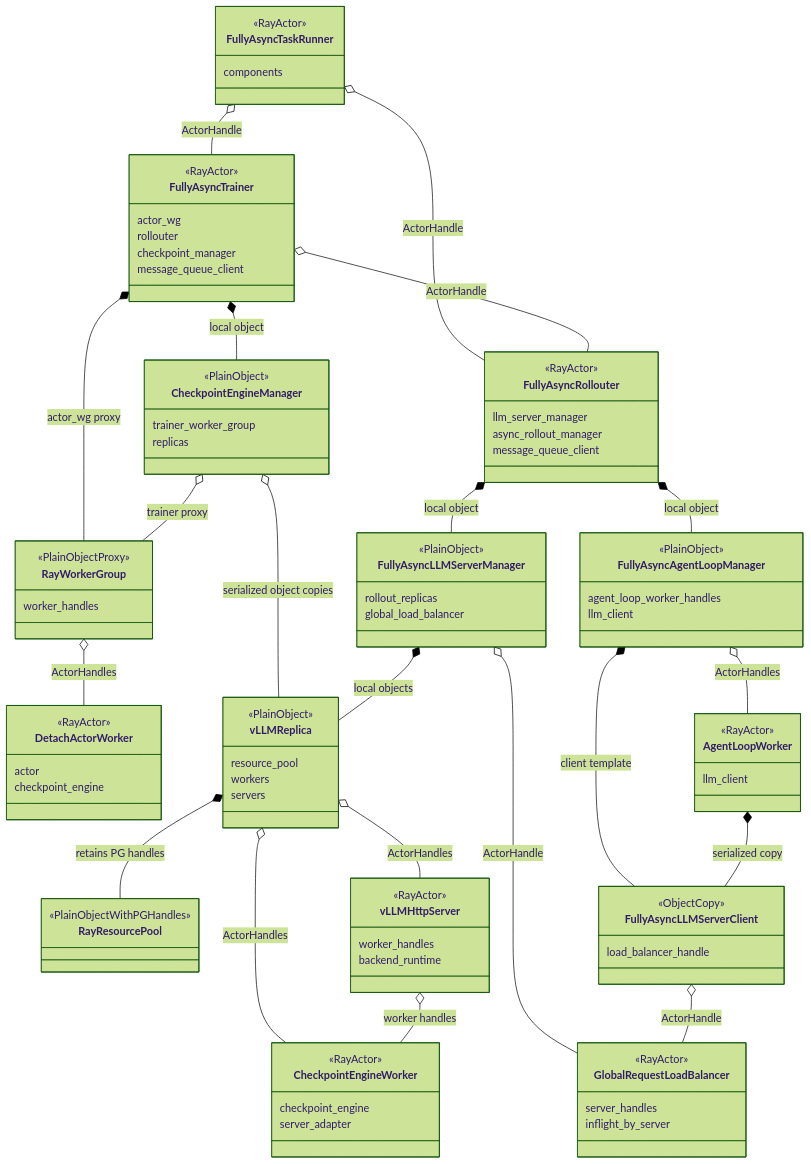
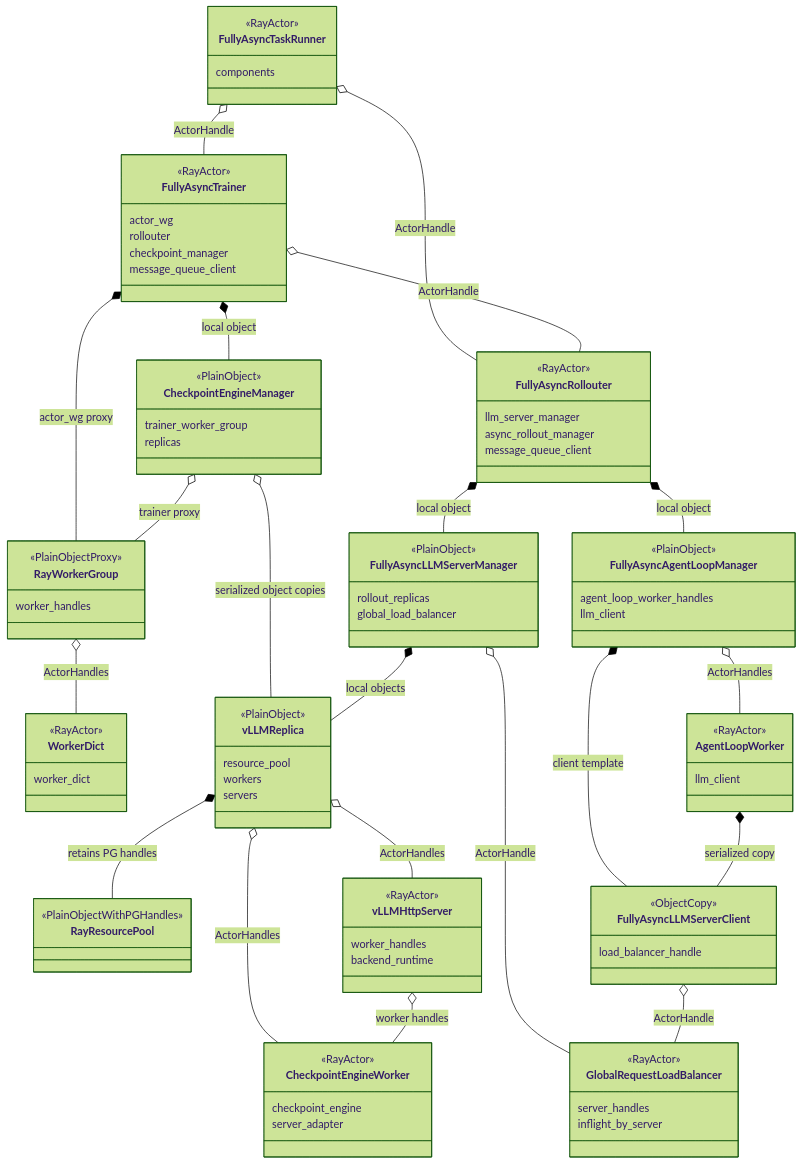
The third of 9 diagrams in multi_task_scheduler/多RL任务资源共享调度RFC.md (niuypei/multi_task_verl), drawn with Mermaid (forest theme) before and after one commit. The commit also changed other lines of this file and 8 other files, not shown here.

Commit message:
docs: explain Ray worker binding and deployment views

```diff
--- a/multi_task_scheduler/多RL任务资源共享调度RFC.md
+++ b/multi_task_scheduler/多RL任务资源共享调度RFC.md
@@ -555,10 +578,9 @@
       <<PlainObjectProxy>>
       worker_handles
     }
-    class DetachActorWorker {
+    class WorkerDict {
       <<RayActor>>
-      actor
-      checkpoint_engine
+      worker_dict
     }
     class CheckpointEngineManager {
       <<PlainObject>>
@@ -614,7 +636,7 @@
     FullyAsyncTrainer o-- FullyAsyncRollouter : ActorHandle
     FullyAsyncTrainer *-- RayWorkerGroup : actor_wg proxy
     FullyAsyncTrainer *-- CheckpointEngineManager : local object
-    RayWorkerGroup o-- DetachActorWorker : ActorHandles
+    RayWorkerGroup o-- WorkerDict : ActorHandles
     CheckpointEngineManager o-- RayWorkerGroup : trainer proxy
     CheckpointEngineManager o-- vLLMReplica : serialized object copies
 
```
